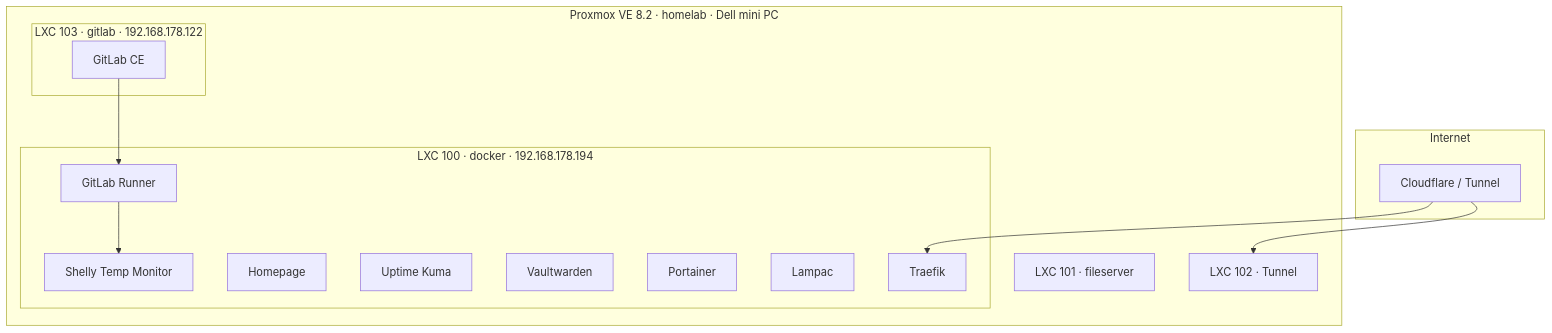
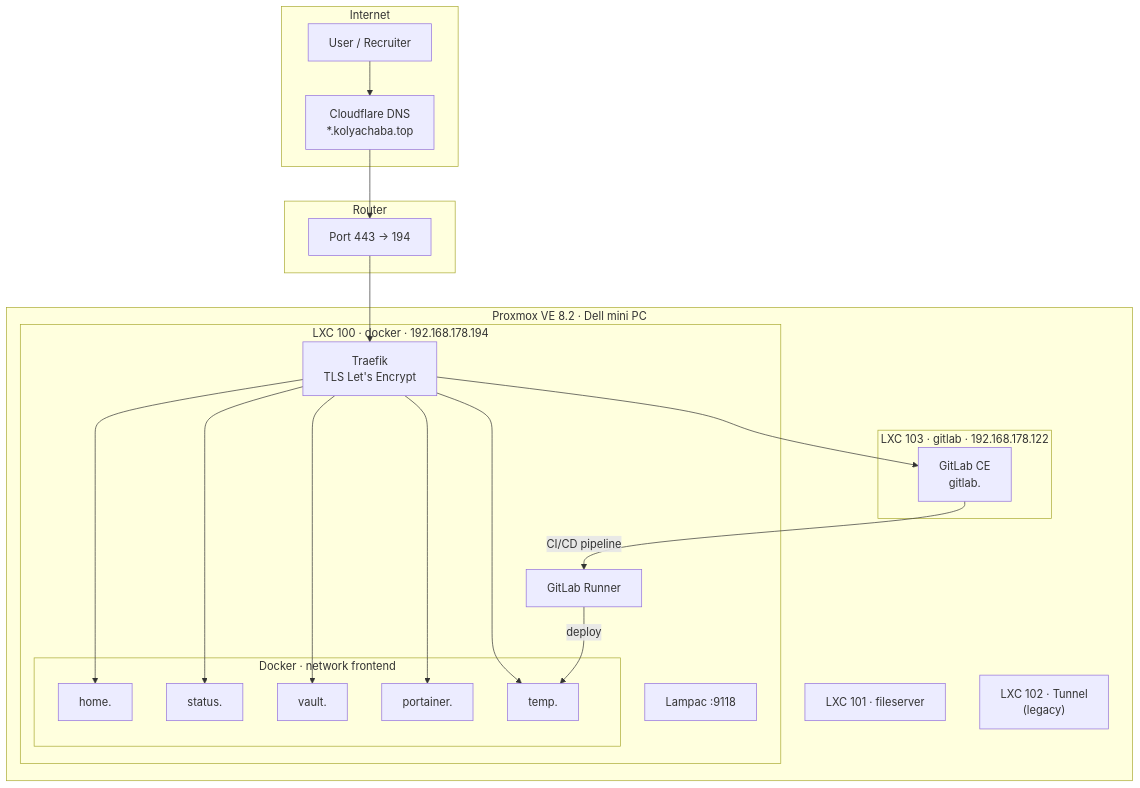
One commit to k4bnv/homelab changed the diagram in README.md. Above: the diagram before and after it, drawn with Mermaid. The commit also changed other lines of this file, not shown here.

Commit message:
Update architecture diagram: Traefik, Cloudflare DNS, HTTPS subdomains

````diff
--- a/README.md
+++ b/README.md
@@ -10,29 +10,43 @@
 ```mermaid
 graph TB
     subgraph Internet
-        CF[Cloudflare / Tunnel]
+        USER[User / Recruiter]
+        CF[Cloudflare DNS<br/>*.kolyachaba.top]
     end
 
-    subgraph Proxmox["Proxmox VE 8.2 · homelab · Dell mini PC"]
+    subgraph Router
+        FW[Port 443 → 194]
+    end
+
+    subgraph Proxmox["Proxmox VE 8.2 · Dell mini PC"]
         subgraph CT100["LXC 100 · docker · 192.168.178.194"]
-            TRAEFIK[Traefik]
-            HOMEPAGE[Homepage]
-            UPTIME[Uptime Kuma]
-            VAULT[Vaultwarden]
-            PORTAINER[Portainer]
-            LAMPAC[Lampac]
-            SHELLY[Shelly Temp Monitor]
+            TRAEFIK[Traefik<br/>TLS Let's Encrypt]
             RUNNER[GitLab Runner]
+            subgraph Services["Docker · network frontend"]
+                HOMEPAGE[home.]
+                UPTIME[status.]
+                VAULT[vault.]
+                PORTAINER[portainer.]
+                SHELLY[temp.]
+            end
+            LAMPAC[Lampac :9118]
         end
         CT101["LXC 101 · fileserver"]
-        CT102["LXC 102 · Tunnel"]
+        CT102["LXC 102 · Tunnel<br/>(legacy)"]
         subgraph CT103["LXC 103 · gitlab · 192.168.178.122"]
-            GITLAB[GitLab CE]
+            GITLAB[GitLab CE<br/>gitlab.]
         end
     end
 
-    CF --> CT102
-    CF --> TRAEFIK
-    GITLAB --> RUNNER
-    RUNNER --> SHELLY
+    USER --> CF
+    CF --> FW
+    FW --> TRAEFIK
+    TRAEFIK --> HOMEPAGE
+    TRAEFIK --> UPTIME
+    TRAEFIK --> VAULT
+    TRAEFIK --> PORTAINER
+    TRAEFIK --> SHELLY
+    TRAEFIK --> GITLAB
+    GITLAB -->|CI/CD pipeline| RUNNER
+    RUNNER -->|deploy| SHELLY
 ```
````
